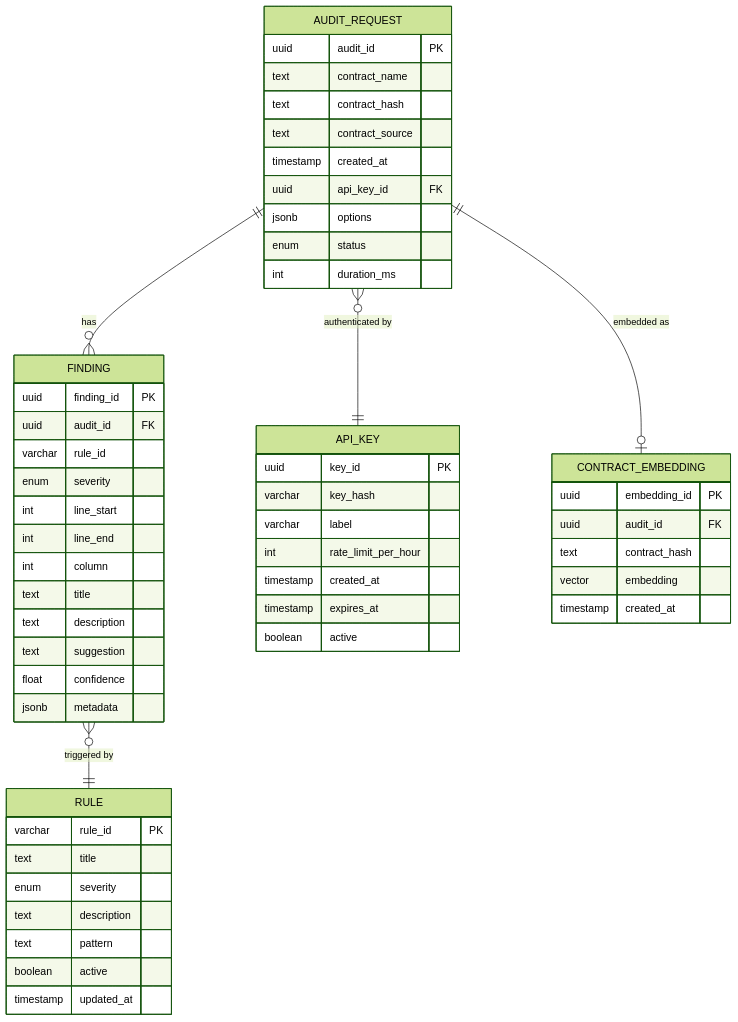
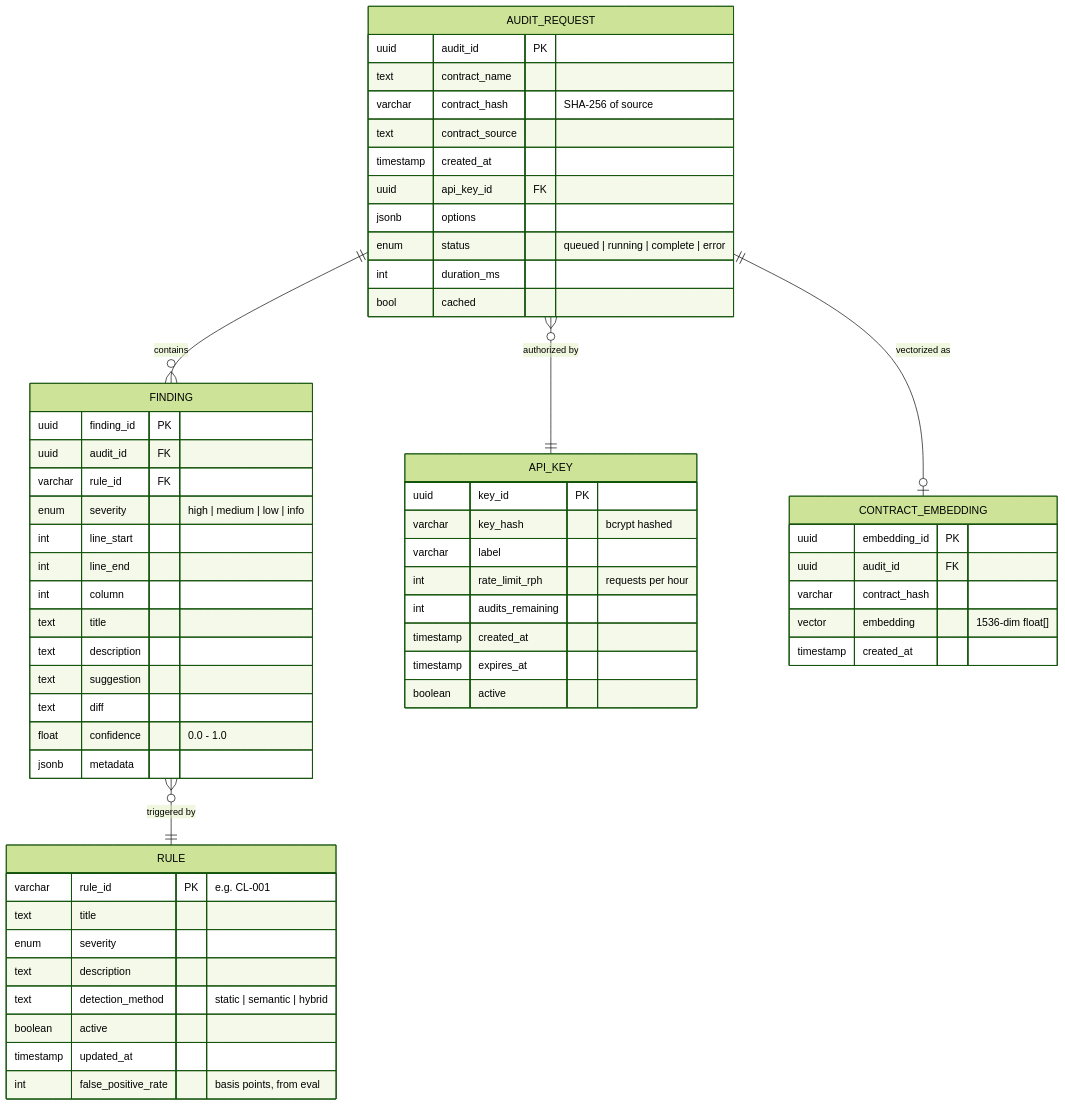
One commit to Nidhicodes/claritylens changed the eighth of 8 diagrams in README.md. Above: the diagram before and after it, drawn with Mermaid (forest theme). The commit also changed other lines of this file, not shown here.

````diff
--- a/README.md
+++ b/README.md
@@ -558,62 +534,66 @@
 ```mermaid
 erDiagram
     AUDIT_REQUEST {
         uuid audit_id PK
         text contract_name
-        text contract_hash
+        varchar contract_hash "SHA-256 of source"
         text contract_source
         timestamp created_at
         uuid api_key_id FK
         jsonb options
-        enum status
+        enum status "queued | running | complete | error"
         int duration_ms
+        bool cached
     }
 
     FINDING {
         uuid finding_id PK
         uuid audit_id FK
-        varchar rule_id
-        enum severity
+        varchar rule_id FK
+        enum severity "high | medium | low | info"
         int line_start
         int line_end
         int column
         text title
         text description
         text suggestion
-        float confidence
+        text diff
+        float confidence "0.0 - 1.0"
         jsonb metadata
     }
 
     RULE {
-        varchar rule_id PK
+        varchar rule_id PK "e.g. CL-001"
         text title
         enum severity
         text description
-        text pattern
+        text detection_method "static | semantic | hybrid"
         boolean active
         timestamp updated_at
+        int false_positive_rate "basis points, from eval"
     }
 
     API_KEY {
         uuid key_id PK
-        varchar key_hash
+        varchar key_hash "bcrypt hashed"
         varchar label
-        int rate_limit_per_hour
+        int rate_limit_rph "requests per hour"
+        int audits_remaining
         timestamp created_at
         timestamp expires_at
         boolean active
     }
 
     CONTRACT_EMBEDDING {
         uuid embedding_id PK
         uuid audit_id FK
-        text contract_hash
-        vector embedding
+        varchar contract_hash
+        vector embedding "1536-dim float[]"
         timestamp created_at
     }
 
-    AUDIT_REQUEST ||--o{ FINDING : "has"
+    AUDIT_REQUEST ||--o{ FINDING : "contains"
     FINDING }o--|| RULE : "triggered by"
-    AUDIT_REQUEST }o--|| API_KEY : "authenticated by"
-    AUDIT_REQUEST ||--o| CONTRACT_EMBEDDING : "embedded as"
+    AUDIT_REQUEST }o--|| API_KEY : "authorized by"
+    AUDIT_REQUEST ||--o| CONTRACT_EMBEDDING : "vectorized as"
 ```
````
